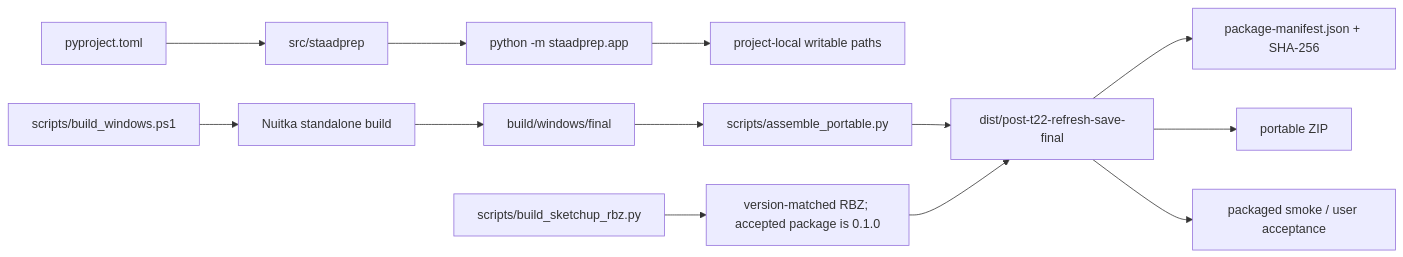
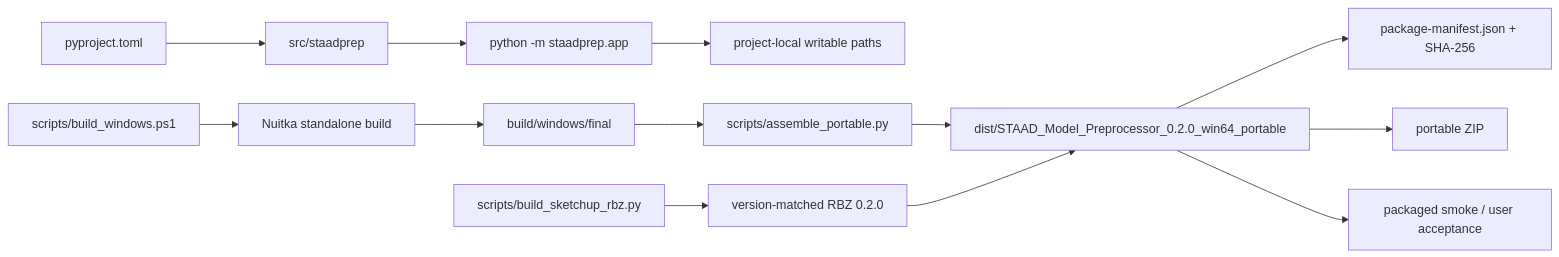
Before and after one commit to nariiiiiiiiiiii/STAAD_Model_Preprocessor: the fourth of 6 diagrams in docs/WORKTREE_MINDMAP.md, drawn with Mermaid. The commit also changed other lines of this file and 43 other files, not shown here.

```diff
--- a/docs/WORKTREE_MINDMAP.md
+++ b/docs/WORKTREE_MINDMAP.md
@@ -356,15 +359,15 @@
 ~~~mermaid
 flowchart LR
     PYPROJECT[pyproject.toml] --> SRC[src/staadprep]
     SRC --> DEV[python -m staadprep.app]
     DEV --> DEVPATH[project-local writable paths]
     PS[scripts/build_windows.ps1] --> NUITKA[Nuitka standalone build]
     NUITKA --> WINBUILD[build/windows/final]
     WINBUILD --> ASSEMBLE[scripts/assemble_portable.py]
-    RBZBUILD[scripts/build_sketchup_rbz.py] --> RBZ[version-matched RBZ; accepted package is 0.1.0]
-    ASSEMBLE --> PACKAGE[dist/post-t22-refresh-save-final]
+    RBZBUILD[scripts/build_sketchup_rbz.py] --> RBZ[version-matched RBZ 0.2.0]
+    ASSEMBLE --> PACKAGE[dist/STAAD_Model_Preprocessor_0.2.0_win64_portable]
     RBZ --> PACKAGE
     PACKAGE --> MANIFEST[package-manifest.json + SHA-256]
     PACKAGE --> ZIP[portable ZIP]
     PACKAGE --> ACCEPT[packaged smoke / user acceptance]
 ~~~
```
